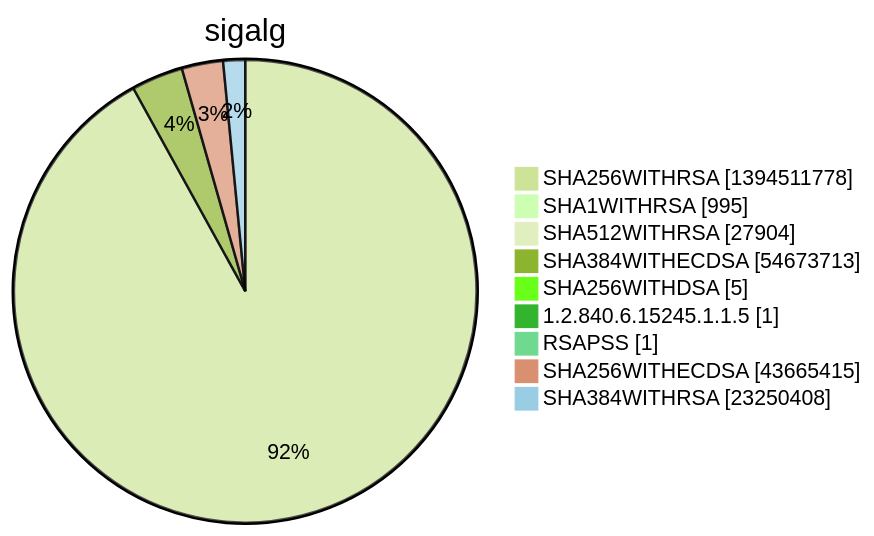
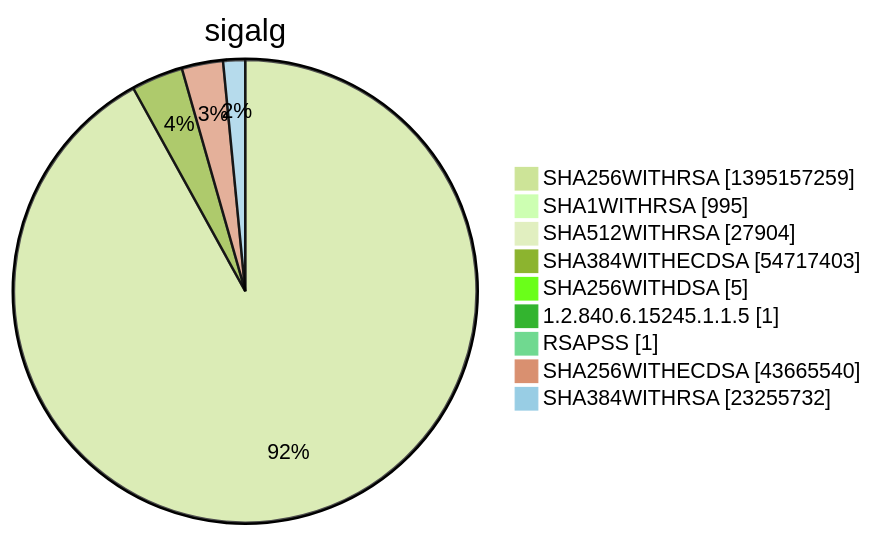
Before and after one commit to christiankrug/ctmonitor_visualization: diagram 15 of 15 in xenon2022/README.md, drawn with Mermaid (forest theme). The commit also changed other lines of this file, not shown here.

````diff
--- a/xenon2022/README.md
+++ b/xenon2022/README.md
@@ -5855,13 +5855,13 @@
 ```mermaid
 pie showData
 title sigalg
-"SHA256WITHRSA" :1394511778
+"SHA256WITHRSA" :1395157259
 "SHA1WITHRSA" :995
 "SHA512WITHRSA" :27904
-"SHA384WITHECDSA" :54673713
+"SHA384WITHECDSA" :54717403
 "SHA256WITHDSA" :5
 "1.2.840.6.15245.1.1.5" :1
 "RSAPSS" :1
-"SHA256WITHECDSA" :43665415
-"SHA384WITHRSA" :23250408
+"SHA256WITHECDSA" :43665540
+"SHA384WITHRSA" :23255732
 ```
````
